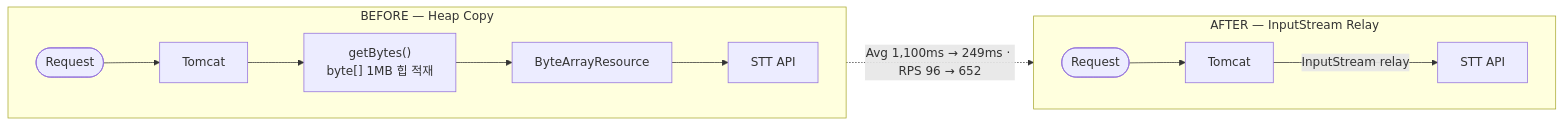
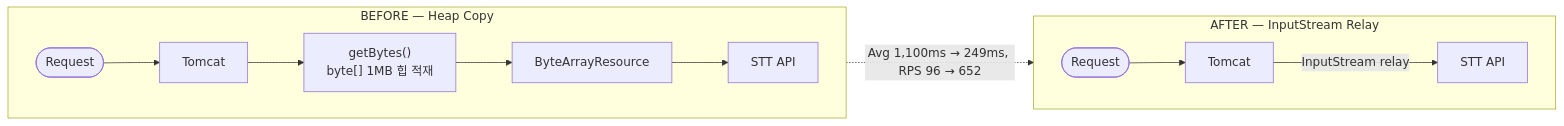
The diagram in README.md (NileTheKing/opicnic), drawn with Mermaid before and after one commit. The commit also changed other lines of this file and 2 other files, not shown here.

````diff
--- a/README.md
+++ b/README.md
@@ -220,12 +227,12 @@
   ```mermaid
   flowchart LR
       subgraph BEFORE["BEFORE — Heap Copy"]
           direction LR
           b1(["Request"]) --> b2["Tomcat"] --> b3["getBytes()\nbyte[] 1MB 힙 적재"] --> b4["ByteArrayResource"] --> b5["STT API"]
       end
       subgraph AFTER["AFTER — InputStream Relay"]
           direction LR
           a1(["Request"]) --> a2["Tomcat"] -->|"InputStream relay"| a3["STT API"]
       end
-      BEFORE -.->|"Avg 1,100ms → 249ms · RPS 96 → 652"| AFTER
+      BEFORE -.->|"Avg 1,100ms → 249ms, RPS 96 → 652"| AFTER
   ```
````
